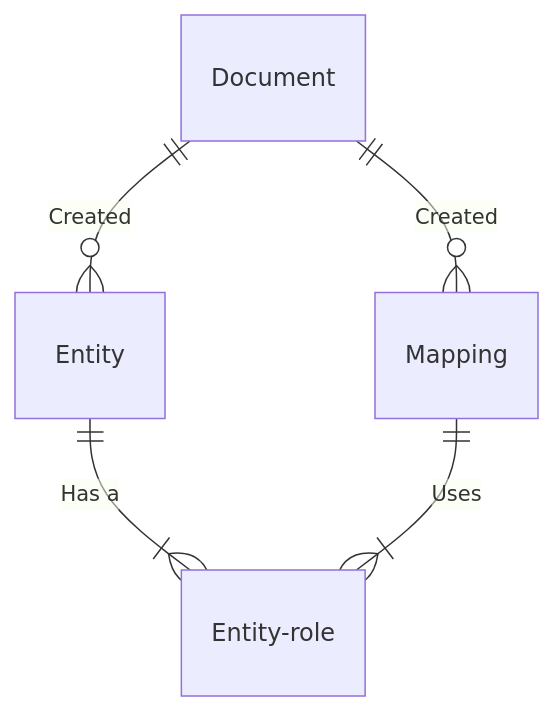
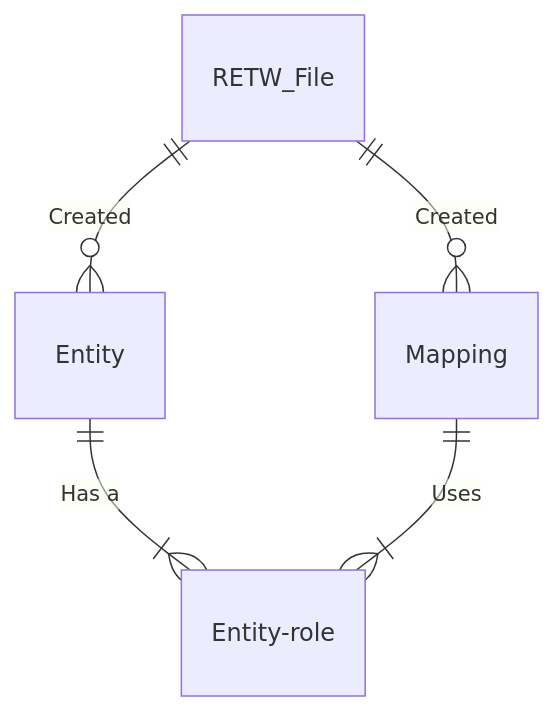
One commit to mark-me/mapping-dependencies changed the first of 2 diagrams in README.md. Above: the diagram before and after it, drawn with Mermaid. The commit also changed other lines of this file, not shown here.

Commit message:
Small changes

````diff
--- a/README.md
+++ b/README.md
@@ -20,7 +20,7 @@
 ```mermaid
 erDiagram
 Entity ||--|{ Entity-role: "Has a"
 Mapping ||--|{ Entity-role: "Uses"
-Document ||--o{ Mapping: "Created"
-Document ||--o{ Entity: "Created"
+RETW_File ||--o{ Mapping: "Created"
+RETW_File ||--o{ Entity: "Created"
 ```
````
